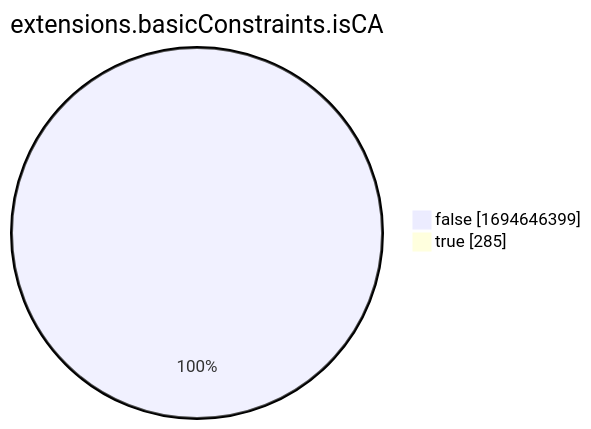
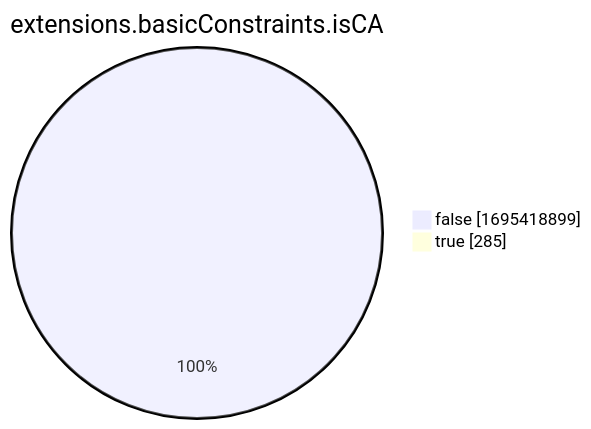
Before and after one commit to christiankrug/ctmonitor_visualization: the eighth of 15 diagrams in xenon2022/README.md, drawn with Mermaid. The commit also changed other lines of this file, not shown here.

````diff
--- a/xenon2022/README.md
+++ b/xenon2022/README.md
@@ -2865,6 +2865,6 @@
 ```mermaid
 pie showData
 title extensions.basicConstraints.isCA
-"false" :1694646399
+"false" :1695418899
 "true" :285
 ```
````
